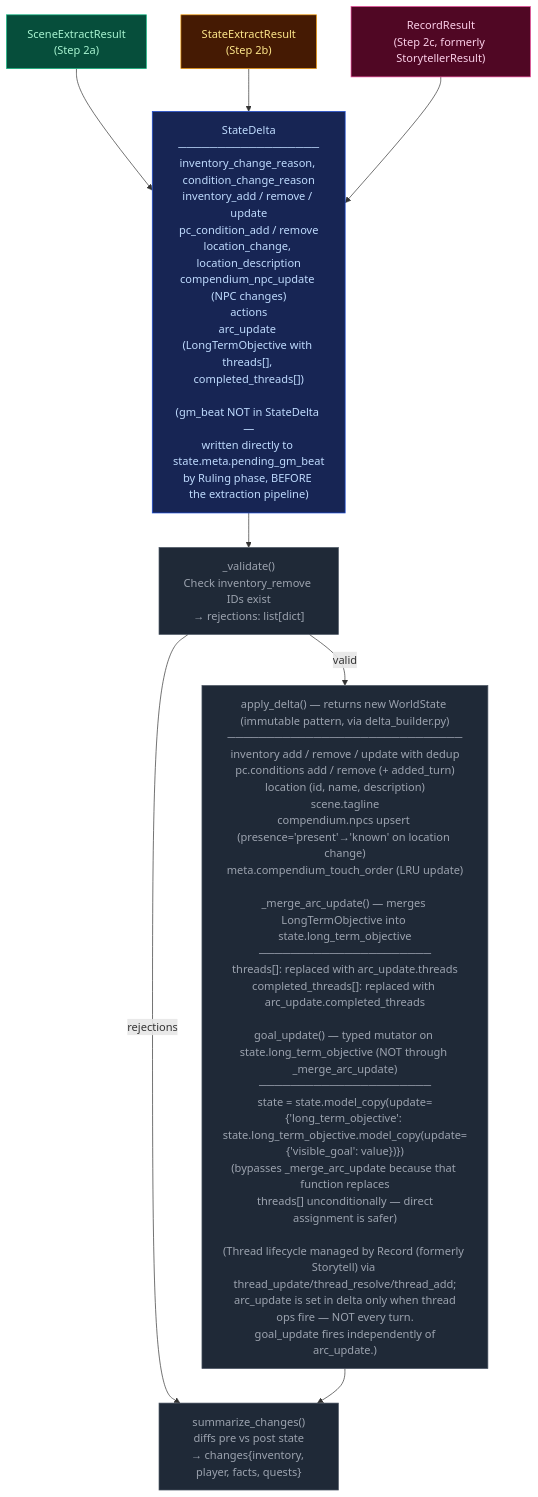
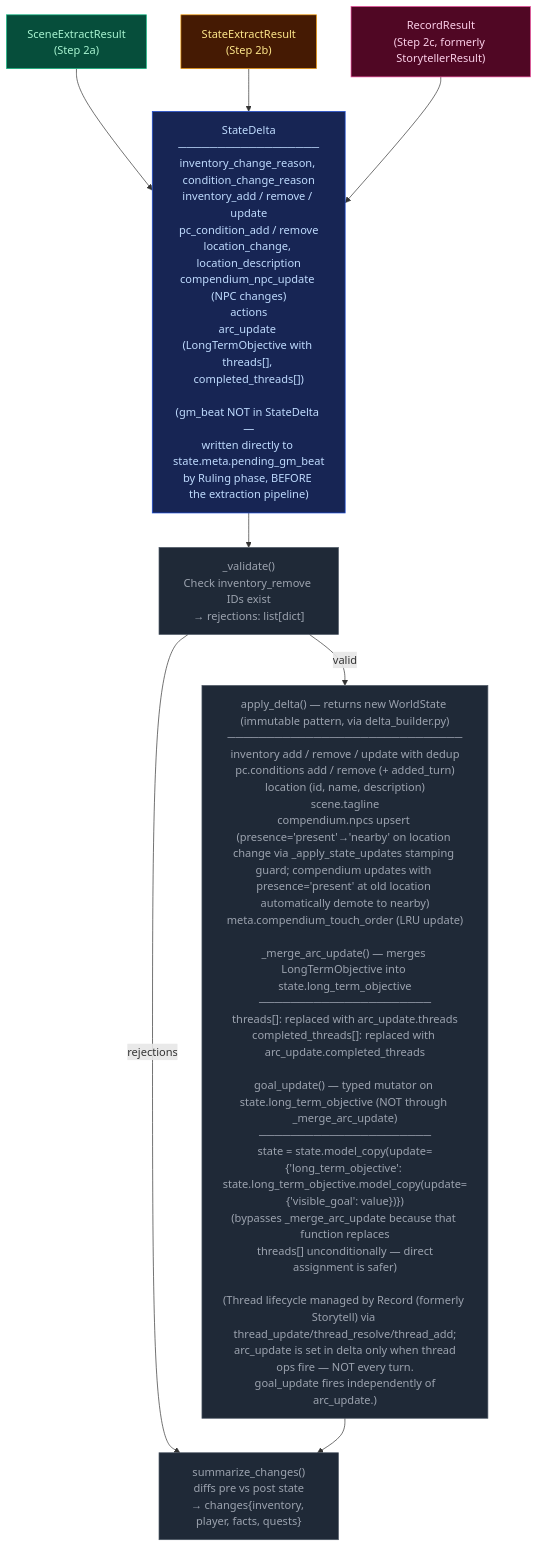
Before and after one commit to pww217/fablethread: the diagram in docs/architecture/delta-validate.md, drawn with Mermaid. The commit also changed 7 other files, not shown here.

````diff
--- a/docs/architecture/delta-validate.md
+++ b/docs/architecture/delta-validate.md
@@ -7,28 +7,28 @@
 ```mermaid
 flowchart TD
     classDef stageScene    fill:#064e3b,color:#a7f3d0,stroke:#10b981
     classDef stageState    fill:#451a03,color:#fde68a,stroke:#f59e0b
     classDef stageProgress fill:#500724,color:#fbcfe8,stroke:#ec4899
     classDef pyNode        fill:#1f2937,color:#9ca3af,stroke:#4b5563
     classDef mergeNode     fill:#172554,color:#bfdbfe,stroke:#1d4ed8
 
     SR1["SceneExtractResult<br>(Step 2a)"]:::stageScene
     SR2["StateExtractResult<br>(Step 2b)"]:::stageState
     SR3["RecordResult<br>(Step 2c, formerly StorytellerResult)"]:::stageProgress
 
     MERGE["StateDelta<br>──────────────────<br>inventory_change_reason, condition_change_reason<br>inventory_add / remove / update<br>pc_condition_add / remove<br>location_change, location_description<br>compendium_npc_update (NPC changes)<br>actions<br>arc_update (LongTermObjective with threads[], completed_threads[])<br><br>(gm_beat NOT in StateDelta —<br>written directly to state.meta.pending_gm_beat<br>by Ruling phase, BEFORE the extraction pipeline)"]:::mergeNode
 
     VALIDATE["_validate()<br>Check inventory_remove IDs exist<br>→ rejections: list[dict]"]:::pyNode
 
-    APPLY["apply_delta() — returns new WorldState (immutable pattern, via delta_builder.py)<br>──────────────────────────────<br>inventory add / remove / update with dedup<br>pc.conditions add / remove (+ added_turn)<br>location (id, name, description)<br>scene.tagline<br>compendium.npcs upsert (presence='present'→'known' on location change)<br>meta.compendium_touch_order (LRU update)<br><br>_merge_arc_update() — merges LongTermObjective into state.long_term_objective<br>──────────────────────<br>threads[]: replaced with arc_update.threads<br>completed_threads[]: replaced with arc_update.completed_threads<br><br>goal_update() — typed mutator on state.long_term_objective (NOT through _merge_arc_update)<br>──────────────────────<br>state = state.model_copy(update={'long_term_objective': state.long_term_objective.model_copy(update={'visible_goal': value})})<br>(bypasses _merge_arc_update because that function replaces<br> threads[] unconditionally — direct assignment is safer)<br><br>(Thread lifecycle managed by Record (formerly Storytell) via thread_update/thread_resolve/thread_add;<br> arc_update is set in delta only when thread ops fire — NOT every turn.<br> goal_update fires independently of arc_update.)"]:::pyNode
+    APPLY["apply_delta() — returns new WorldState (immutable pattern, via delta_builder.py)<br>──────────────────────────────<br>inventory add / remove / update with dedup<br>pc.conditions add / remove (+ added_turn)<br>location (id, name, description)<br>scene.tagline<br>compendium.npcs upsert (presence='present'→'nearby' on location change via _apply_state_updates stamping guard; compendium updates with presence='present' at old location automatically demote to nearby)<br>meta.compendium_touch_order (LRU update)<br><br>_merge_arc_update() — merges LongTermObjective into state.long_term_objective<br>──────────────────────<br>threads[]: replaced with arc_update.threads<br>completed_threads[]: replaced with arc_update.completed_threads<br><br>goal_update() — typed mutator on state.long_term_objective (NOT through _merge_arc_update)<br>──────────────────────<br>state = state.model_copy(update={'long_term_objective': state.long_term_objective.model_copy(update={'visible_goal': value})})<br>(bypasses _merge_arc_update because that function replaces<br> threads[] unconditionally — direct assignment is safer)<br><br>(Thread lifecycle managed by Record (formerly Storytell) via thread_update/thread_resolve/thread_add;<br> arc_update is set in delta only when thread ops fire — NOT every turn.<br> goal_update fires independently of arc_update.)"]:::pyNode
 
     DIFF["summarize_changes()<br>diffs pre vs post state<br>→ changes{inventory, player, facts, quests}"]:::pyNode
 
     SR1 --> MERGE
     SR2 --> MERGE
     SR3 --> MERGE
     MERGE --> VALIDATE
     VALIDATE -- "valid" --> APPLY
     VALIDATE -- "rejections" --> DIFF
     APPLY --> DIFF
 ```
````
